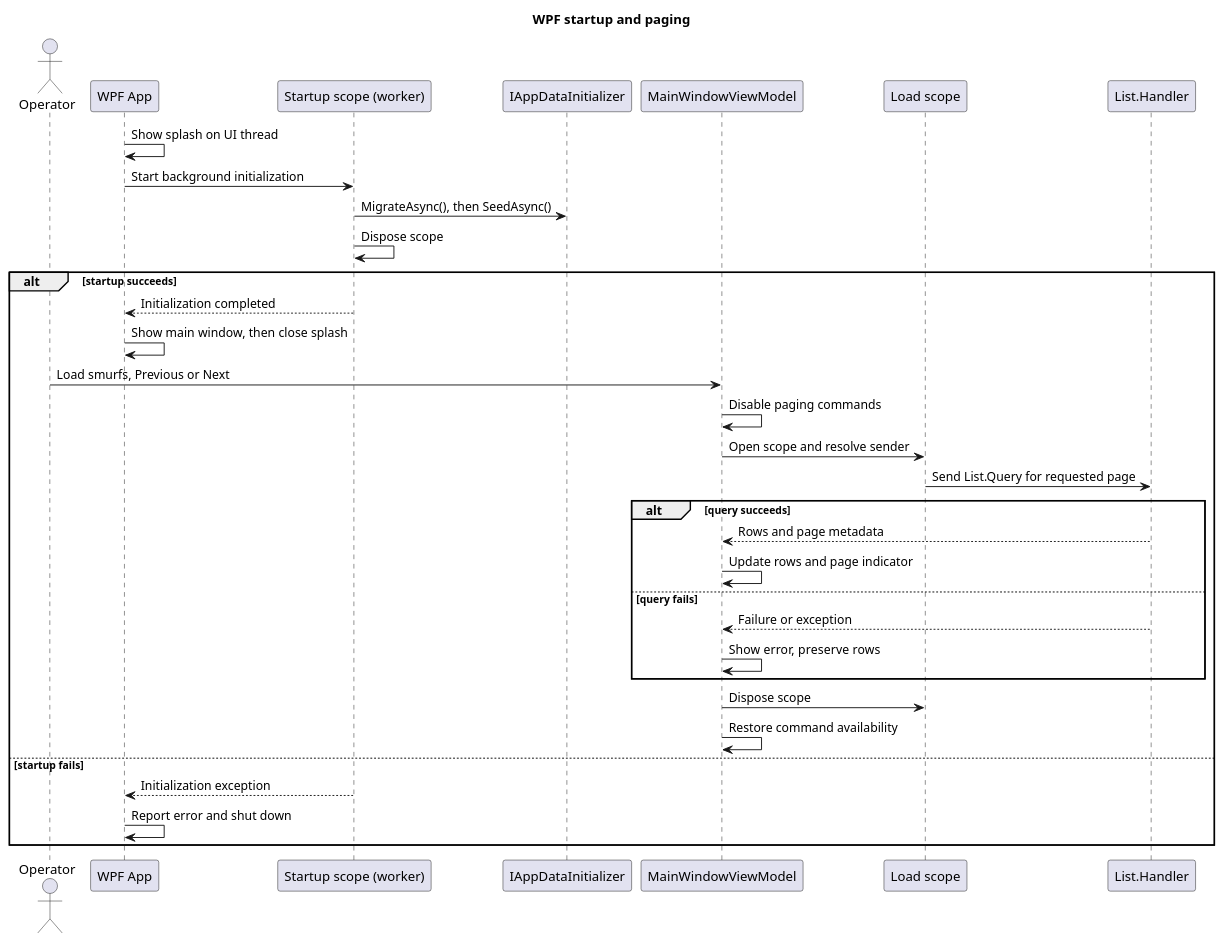
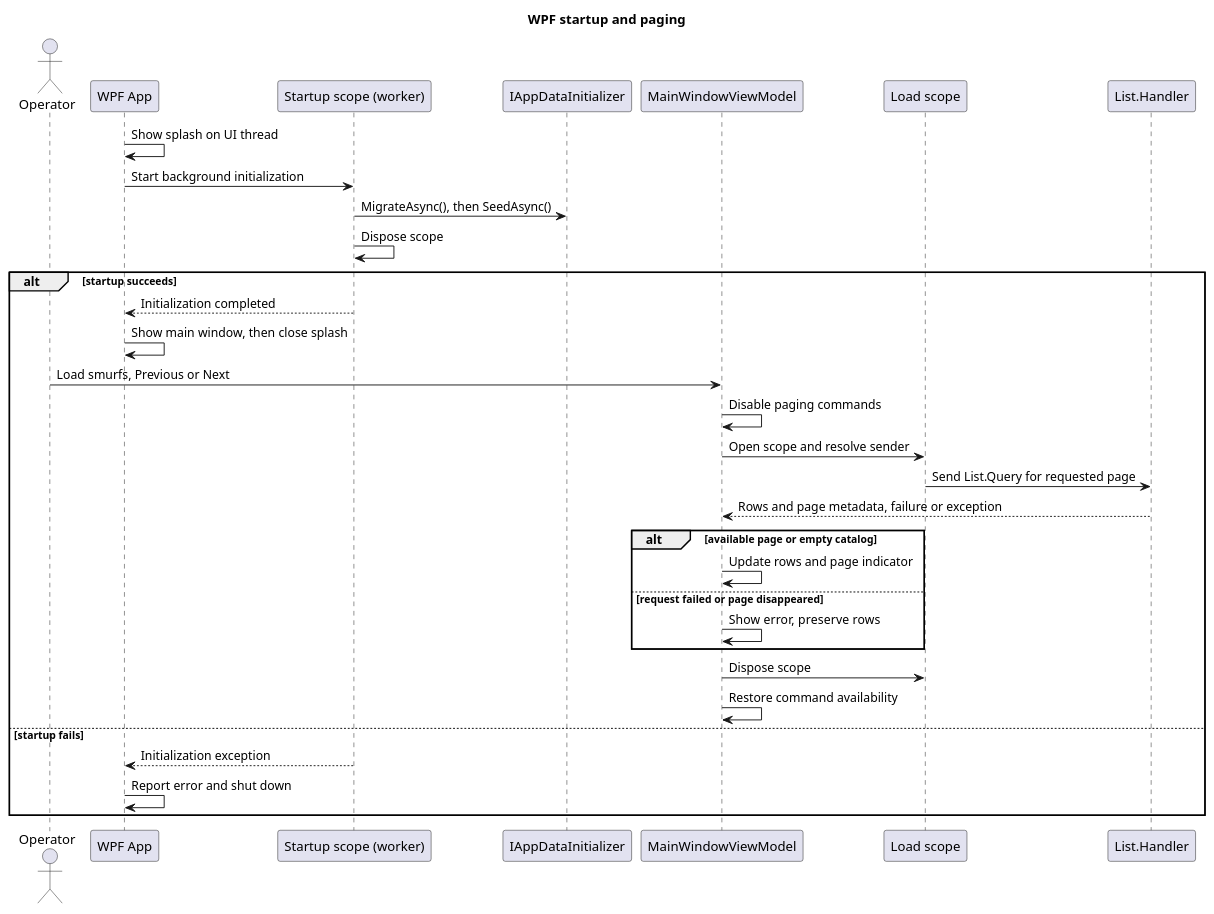
The diagram in docs/behavioral/diagrams/wpf-workflow.puml (EbbeMeloSorensen/Smurfs), drawn with PlantUML before and after one commit. The commit also changed 6 other files, not shown here.

```diff
--- a/docs/behavioral/diagrams/wpf-workflow.puml
+++ b/docs/behavioral/diagrams/wpf-workflow.puml
@@ -1,35 +1,34 @@
 @startuml
 title WPF startup and paging
 actor Operator
 participant "WPF App" as App
 participant "Startup scope (worker)" as Setup
 participant IAppDataInitializer as Initializer
 participant MainWindowViewModel as ViewModel
 participant "Load scope" as Load
 participant "List.Handler" as Handler
 
 App -> App : Show splash on UI thread
 App -> Setup : Start background initialization
 Setup -> Initializer : MigrateAsync(), then SeedAsync()
 Setup -> Setup : Dispose scope
 alt startup succeeds
   Setup --> App : Initialization completed
   App -> App : Show main window, then close splash
   Operator -> ViewModel : Load smurfs, Previous or Next
   ViewModel -> ViewModel : Disable paging commands
   ViewModel -> Load : Open scope and resolve sender
   Load -> Handler : Send List.Query for requested page
-  alt query succeeds
-    Handler --> ViewModel : Rows and page metadata
+  Handler --> ViewModel : Rows and page metadata, failure or exception
+  alt available page or empty catalog
     ViewModel -> ViewModel : Update rows and page indicator
-  else query fails
-    Handler --> ViewModel : Failure or exception
+  else request failed or page disappeared
     ViewModel -> ViewModel : Show error, preserve rows
   end
   ViewModel -> Load : Dispose scope
   ViewModel -> ViewModel : Restore command availability
 else startup fails
   Setup --> App : Initialization exception
   App -> App : Report error and shut down
 end
 @enduml
```
